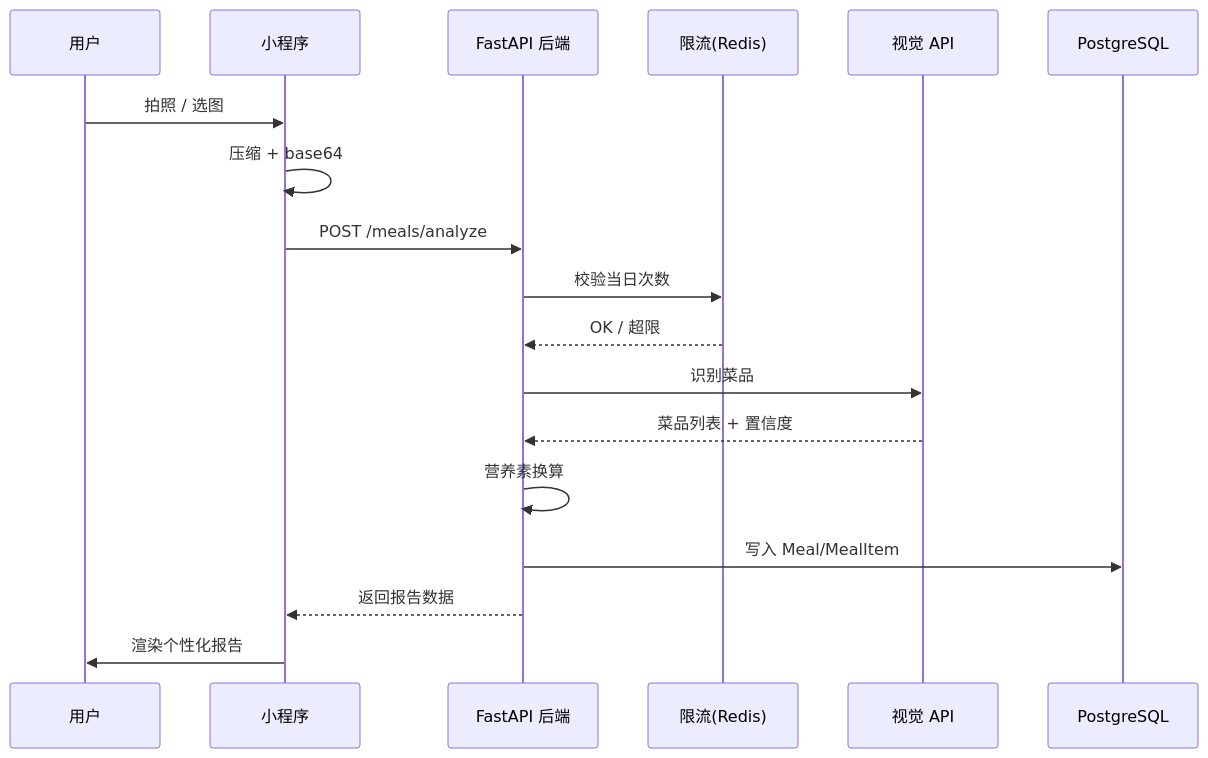
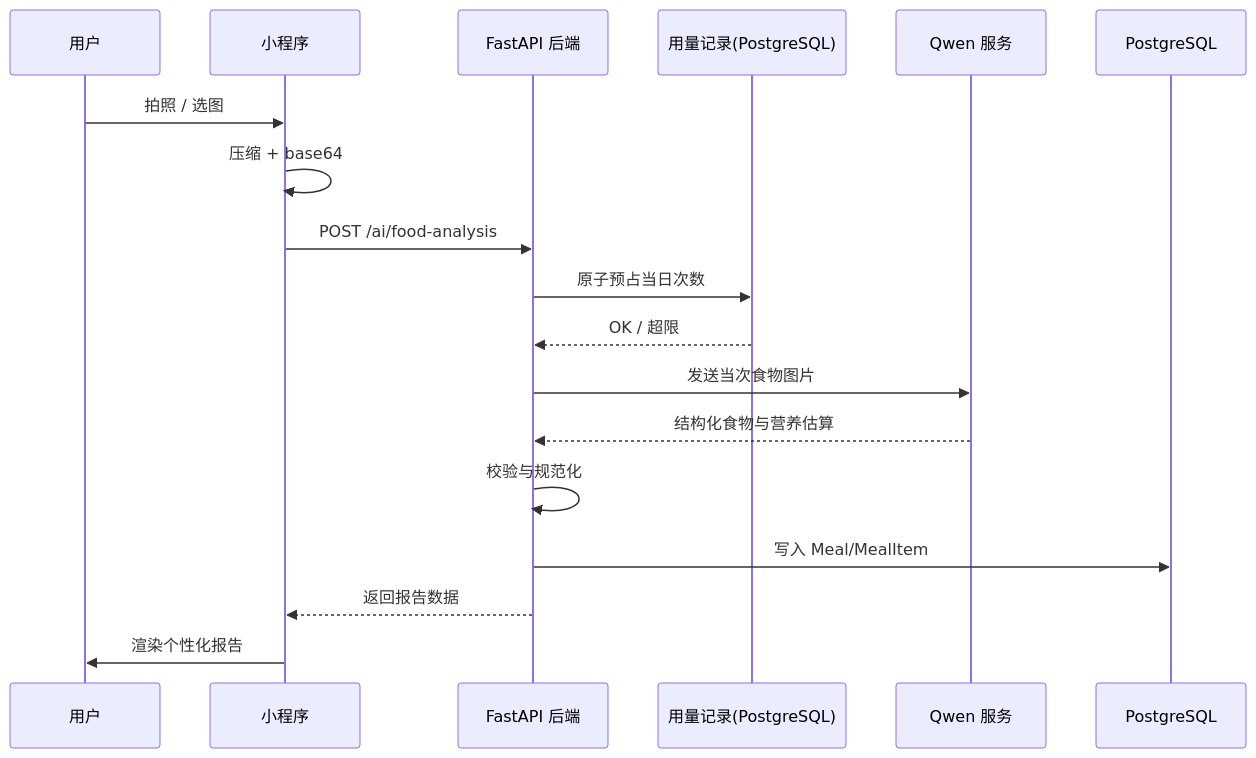
The first of 3 diagrams in docs/diagrams/dataflow.md (oceanduck403/cdc-for-food), drawn with Mermaid before and after one commit. The commit also changed other lines of this file and 92 other files, not shown here.

````diff
--- a/docs/diagrams/dataflow.md
+++ b/docs/diagrams/dataflow.md
@@ -5,21 +7,21 @@
 ```mermaid
 sequenceDiagram
     participant U as 用户
     participant MP as 小程序
     participant API as FastAPI 后端
-    participant VL as 限流(Redis)
-    participant VS as 视觉 API
+    participant Q as 用量记录(PostgreSQL)
+    participant AI as Qwen 服务
     participant DB as PostgreSQL
 
     U->>MP: 拍照 / 选图
     MP->>MP: 压缩 + base64
-    MP->>API: POST /meals/analyze
-    API->>VL: 校验当日次数
-    VL-->>API: OK / 超限
-    API->>VS: 识别菜品
-    VS-->>API: 菜品列表 + 置信度
-    API->>API: 营养素换算
+    MP->>API: POST /ai/food-analysis
+    API->>Q: 原子预占当日次数
+    Q-->>API: OK / 超限
+    API->>AI: 发送当次食物图片
+    AI-->>API: 结构化食物与营养估算
+    API->>API: 校验与规范化
     API->>DB: 写入 Meal/MealItem
     API-->>MP: 返回报告数据
     MP->>U: 渲染个性化报告
 ```
````
